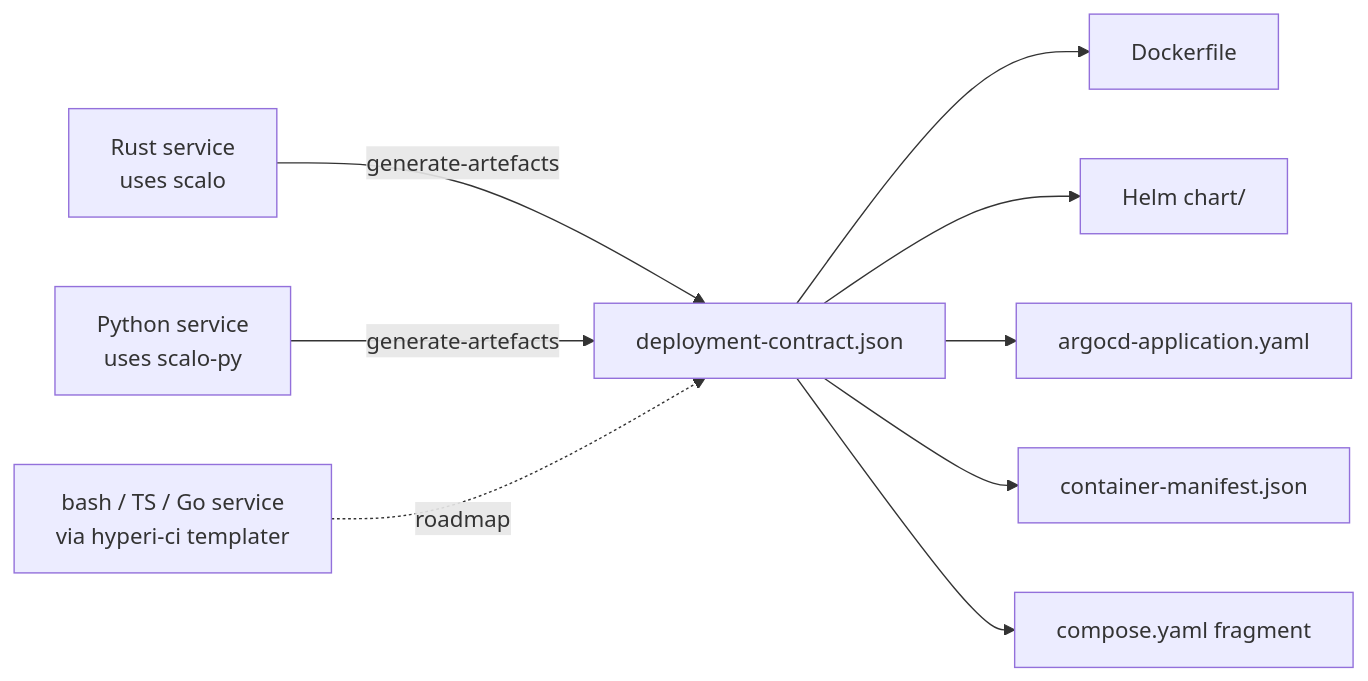
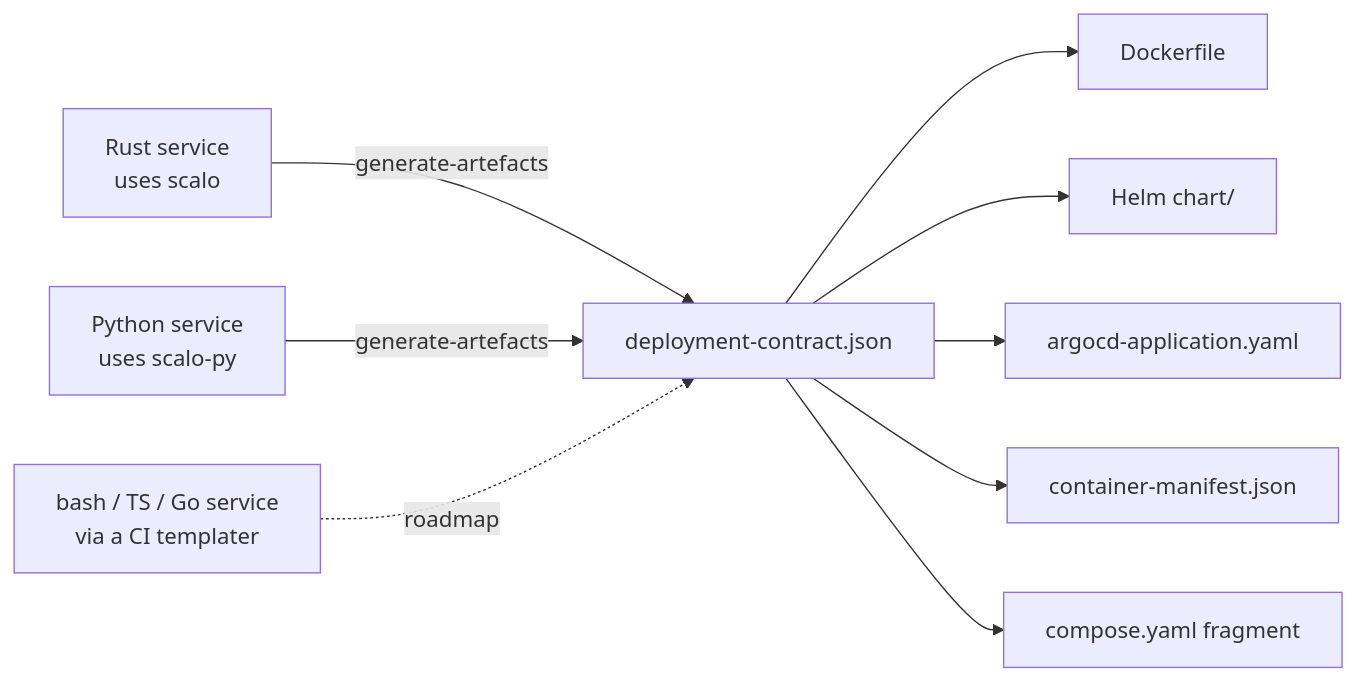
The diagram in docs/deployment/contract.md (hyperi-io/scalo-rs), drawn with Mermaid before and after one commit. The commit also changed other lines of this file and 100 other files, not shown here.

````diff
--- a/docs/deployment/contract.md
+++ b/docs/deployment/contract.md
@@ -49,11 +49,11 @@
 ```mermaid
 flowchart LR
     R[Rust service<br/>uses scalo] -->|generate-artefacts| C[deployment-contract.json]
     P[Python service<br/>uses scalo-py] -->|generate-artefacts| C
-    O[bash / TS / Go service<br/>via hyperi-ci templater] -.roadmap.-> C
+    O[bash / TS / Go service<br/>via a CI templater] -.roadmap.-> C
     C --> D[Dockerfile]
     C --> H[Helm chart/]
     C --> A[argocd-application.yaml]
     C --> CM[container-manifest.json]
     C --> CS[compose.yaml fragment]
 ```
````
